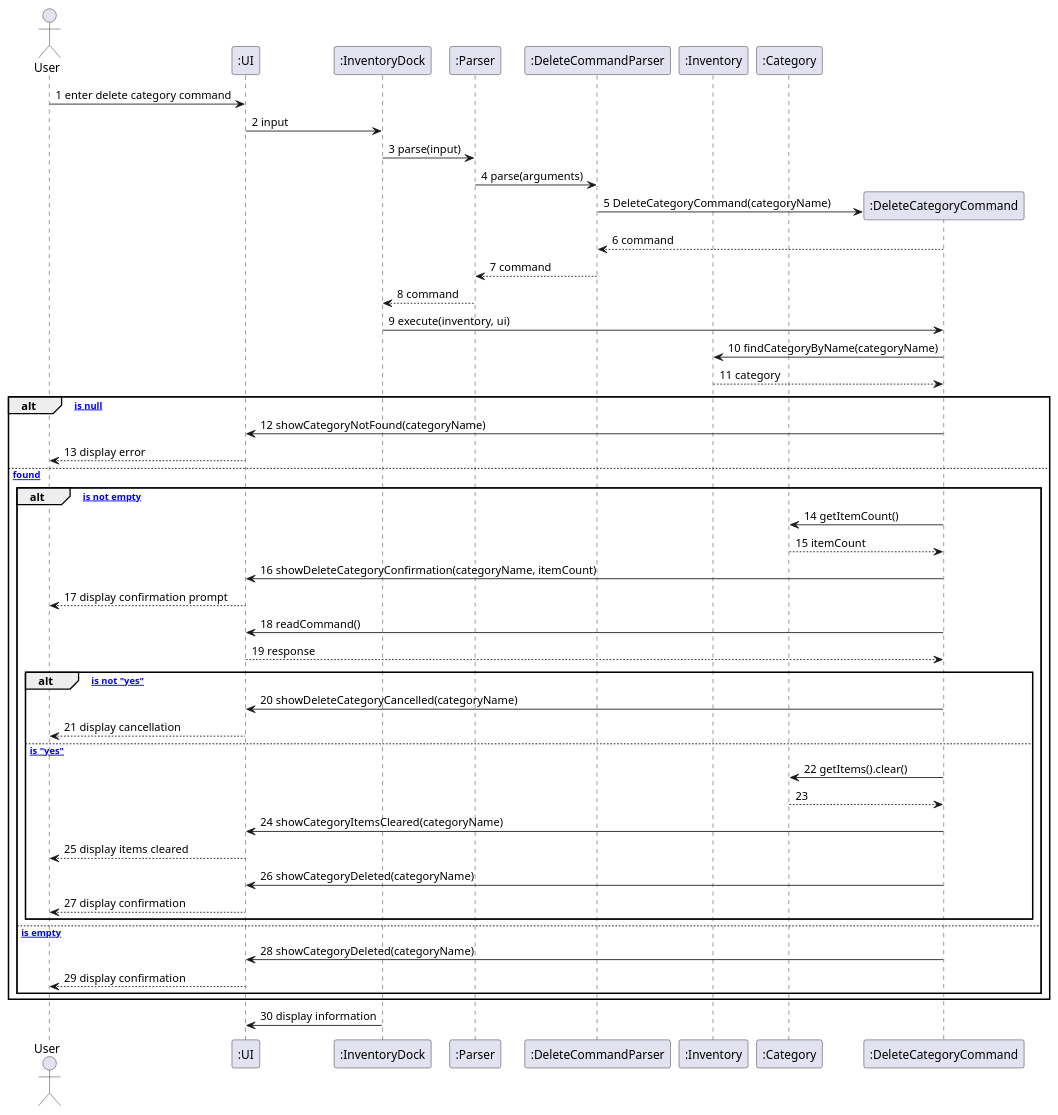
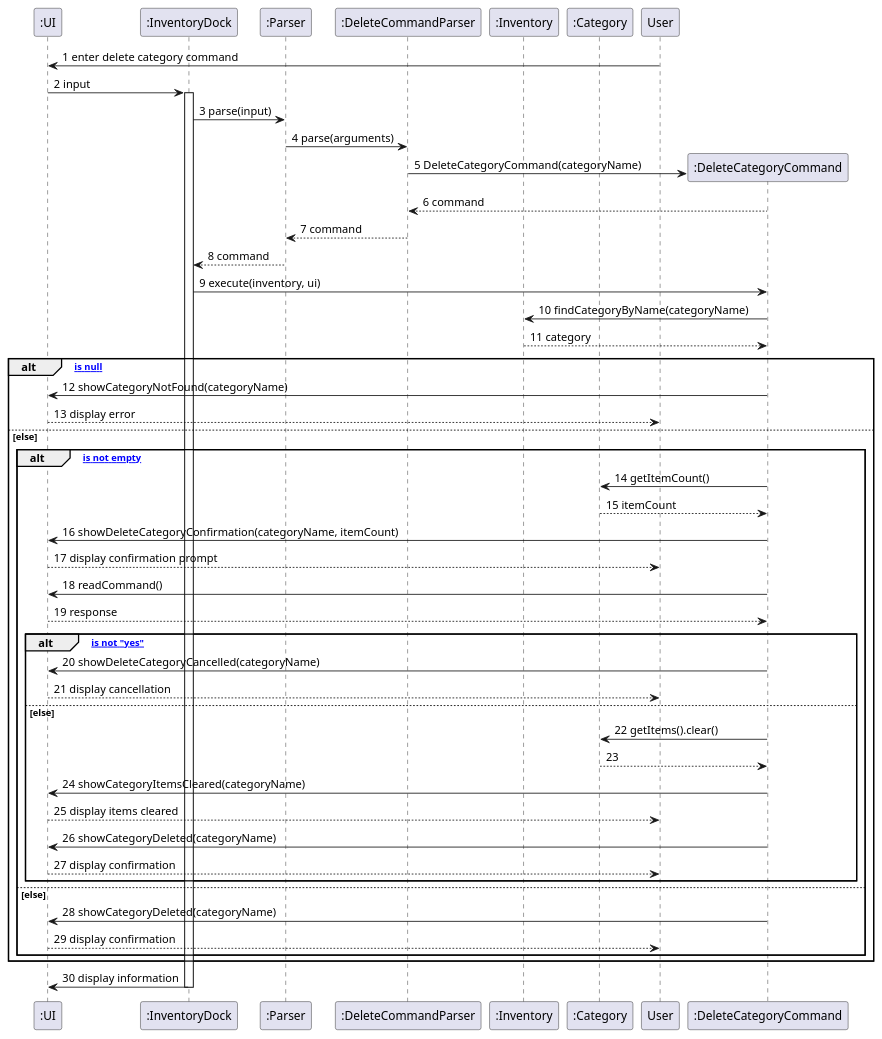
The diagram in docs/diagrams/sequence/DeleteCategoryCommandMainFlow.puml (KOIiiii07/tp), drawn with PlantUML before and after one commit. The commit also changed other lines of this file and 100 other files, not shown here.

Commit message:
Update diagrams

```diff
--- a/docs/diagrams/sequence/DeleteCategoryCommandMainFlow.puml
+++ b/docs/diagrams/sequence/DeleteCategoryCommandMainFlow.puml
@@ -1,57 +1,58 @@
-@startuml Sequence Diagram for DeleteCategoryCommand
-actor User
+@startuml`r`ntitle Sequence Diagram for DeleteCategoryCommand`r`nactor User
 participant ":UI" as UI
 participant ":InventoryDock" as InventoryDock
 participant ":Parser" as Parser
 participant ":DeleteCommandParser" as DeleteCommandParser
 participant ":Inventory" as Inventory
 participant ":Category" as Category
 
 User -> UI : 1 enter delete category command
 UI -> InventoryDock : 2 input
+activate InventoryDock
 InventoryDock -> Parser : 3 parse(input)
 Parser -> DeleteCommandParser : 4 parse(arguments)
 create ":DeleteCategoryCommand" as DeleteCategoryCommand
 DeleteCommandParser -> DeleteCategoryCommand : 5 DeleteCategoryCommand(categoryName)
 DeleteCommandParser <-- DeleteCategoryCommand : 6 command
 Parser <-- DeleteCommandParser : 7 command
 InventoryDock <-- Parser : 8 command
 InventoryDock -> DeleteCategoryCommand : 9 execute(inventory, ui)
 DeleteCategoryCommand -> Inventory : 10 findCategoryByName(categoryName)
 DeleteCategoryCommand <-- Inventory : 11 category
 
 alt [category is null]
     DeleteCategoryCommand -> UI : 12 showCategoryNotFound(categoryName)
     UI --> User : 13 display error
 
-else [category found]
+else else
     alt [category is not empty]
         DeleteCategoryCommand -> Category : 14 getItemCount()
         DeleteCategoryCommand <-- Category : 15 itemCount
         DeleteCategoryCommand -> UI : 16 showDeleteCategoryConfirmation(categoryName, itemCount)
         UI --> User : 17 display confirmation prompt
         DeleteCategoryCommand -> UI : 18 readCommand()
         DeleteCategoryCommand <-- UI : 19 response
 
         alt [response is not "yes"]
             DeleteCategoryCommand -> UI : 20 showDeleteCategoryCancelled(categoryName)
             UI --> User : 21 display cancellation
 
-        else [response is "yes"]
+        else else
             DeleteCategoryCommand -> Category : 22 getItems().clear()
             DeleteCategoryCommand <-- Category : 23
             DeleteCategoryCommand -> UI : 24 showCategoryItemsCleared(categoryName)
             UI --> User : 25 display items cleared
             DeleteCategoryCommand -> UI : 26 showCategoryDeleted(categoryName)
             UI --> User : 27 display confirmation
         end
 
-    else [category is empty]
+    else else
         DeleteCategoryCommand -> UI : 28 showCategoryDeleted(categoryName)
         UI --> User : 29 display confirmation
     end
 end
 
 InventoryDock -> UI : 30 display information
+deactivate InventoryDock
 
 @enduml
```
